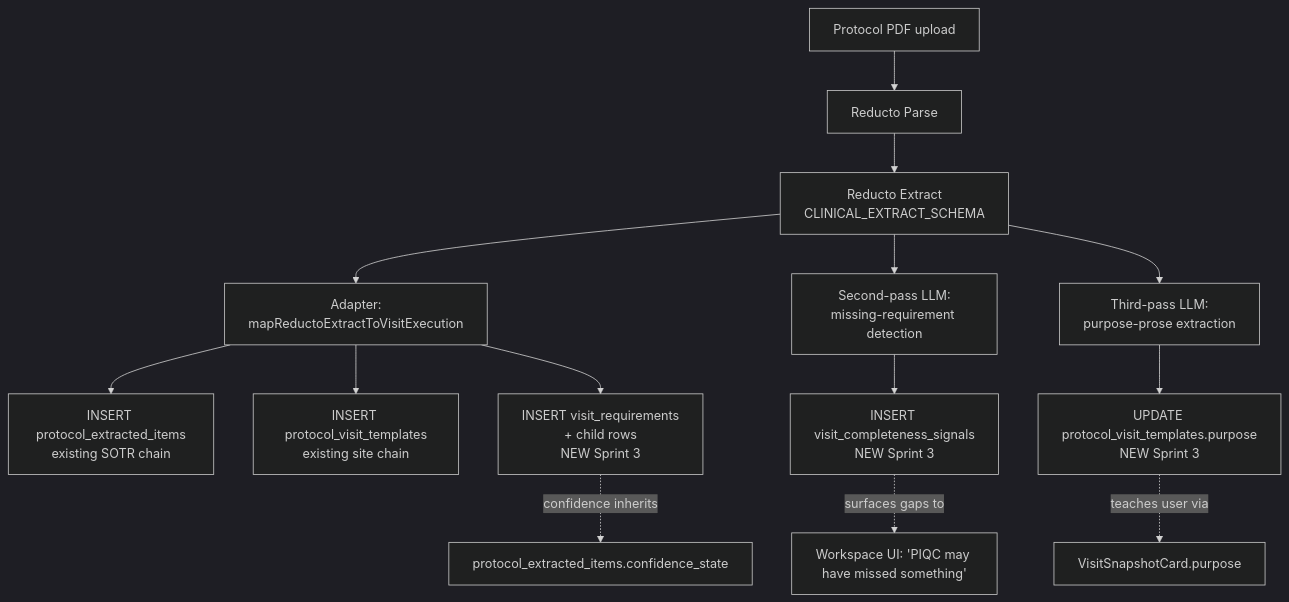
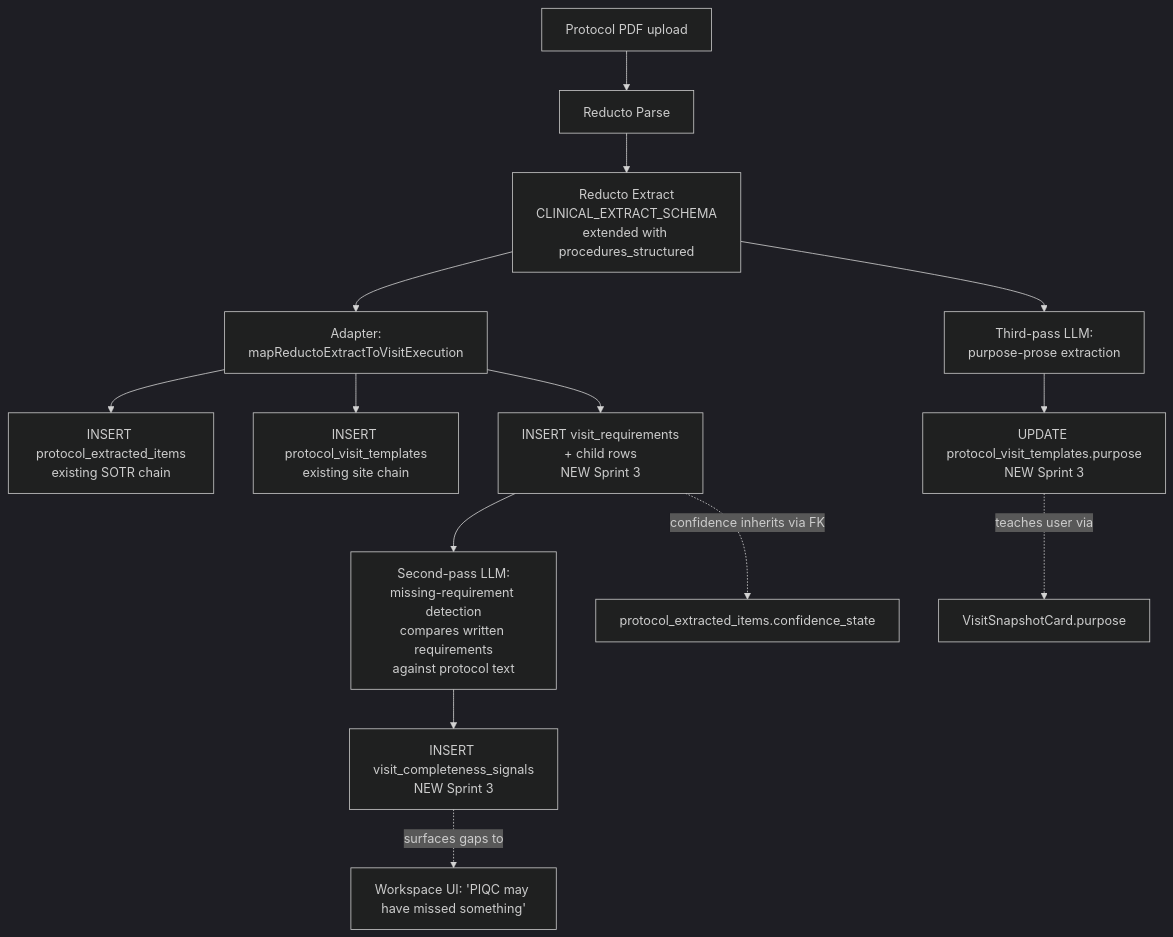
The diagram in docs/visit-execution/parser-integration.md (ish-dev-piqc/PIQC-dev-v1), drawn with Mermaid (dark theme) before and after one commit. The commit also changed other lines of this file, not shown here.

````diff
--- a/docs/visit-execution/parser-integration.md
+++ b/docs/visit-execution/parser-integration.md
@@ -28,19 +55,19 @@
 ```mermaid
 flowchart TD
     A[Protocol PDF upload] --> B[Reducto Parse]
-    B --> C[Reducto Extract<br/>CLINICAL_EXTRACT_SCHEMA]
+    B --> C[Reducto Extract<br/>CLINICAL_EXTRACT_SCHEMA<br/>extended with procedures_structured]
     C --> D[Adapter:<br/>mapReductoExtractToVisitExecution]
     D --> E1[INSERT protocol_extracted_items<br/>existing SOTR chain]
     D --> E2[INSERT protocol_visit_templates<br/>existing site chain]
     D --> E3[INSERT visit_requirements<br/>+ child rows<br/>NEW Sprint 3]
 
-    C --> F[Second-pass LLM:<br/>missing-requirement detection]
+    E3 --> F[Second-pass LLM:<br/>missing-requirement detection<br/>compares written requirements<br/>against protocol text]
     F --> G[INSERT visit_completeness_signals<br/>NEW Sprint 3]
 
     C --> H[Third-pass LLM:<br/>purpose-prose extraction]
     H --> I[UPDATE protocol_visit_templates.purpose<br/>NEW Sprint 3]
 
-    E3 -. confidence inherits .-> J[protocol_extracted_items.confidence_state]
+    E3 -. confidence inherits via FK .-> J[protocol_extracted_items.confidence_state]
     G -. surfaces gaps to .-> K[Workspace UI: 'PIQC may have missed something']
     I -. teaches user via .-> L[VisitSnapshotCard.purpose]
 ```
````
